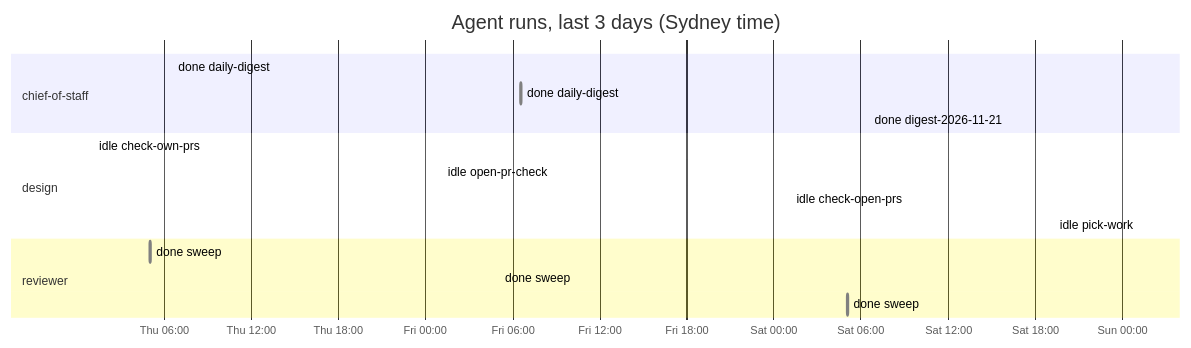
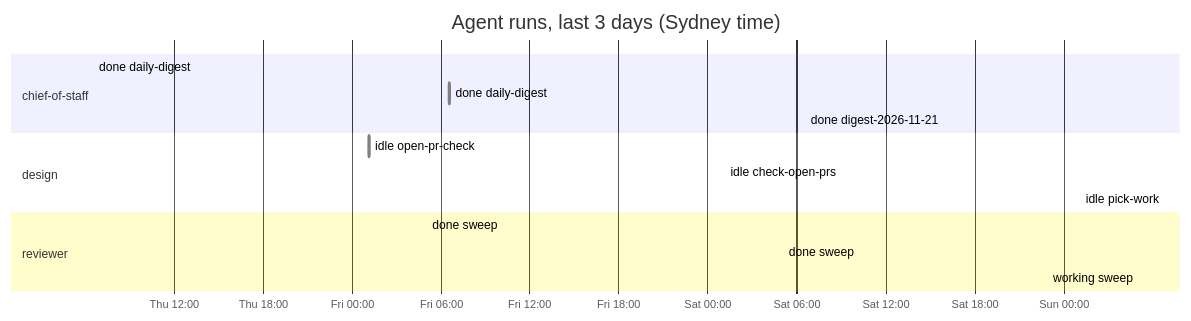
Before and after one commit to roulmediateam-byte/fifteen-expert-hq: the diagram in dashboard.md, drawn with Mermaid. The commit also changed other lines of this file and 1 other file, not shown here.

````diff
--- a/dashboard.md
+++ b/dashboard.md
@@ -48,19 +48,18 @@
 ```mermaid
 gantt
     title Agent runs, last 3 days (Sydney time)
     dateFormat YYYY-MM-DD HH:mm
     axisFormat %a %H:%M
     section chief-of-staff
     done daily-digest :done, 2026-11-19 06:35, 2026-11-19 06:36
     done daily-digest :done, 2026-11-20 06:35, 2026-11-20 06:37
     done digest-2026-11-21 :done, 2026-11-21 06:34, 2026-11-21 06:36
     section design
-    idle check-own-prs :done, 2026-11-19 01:10, 2026-11-19 01:11
     idle open-pr-check :done, 2026-11-20 01:10, 2026-11-20 01:11
     idle check-open-prs :done, 2026-11-21 01:10, 2026-11-21 01:11
     idle pick-work :done, 2026-11-22 01:08, 2026-11-22 01:08
     section reviewer
-    done sweep :done, 2026-11-19 05:04, 2026-11-19 05:05
     done sweep :done, 2026-11-20 05:05, 2026-11-20 05:05
     done sweep :done, 2026-11-21 05:05, 2026-11-21 05:06
+    working sweep :active, 2026-11-22 05:05, 2026-11-22 05:05
 ```
````
